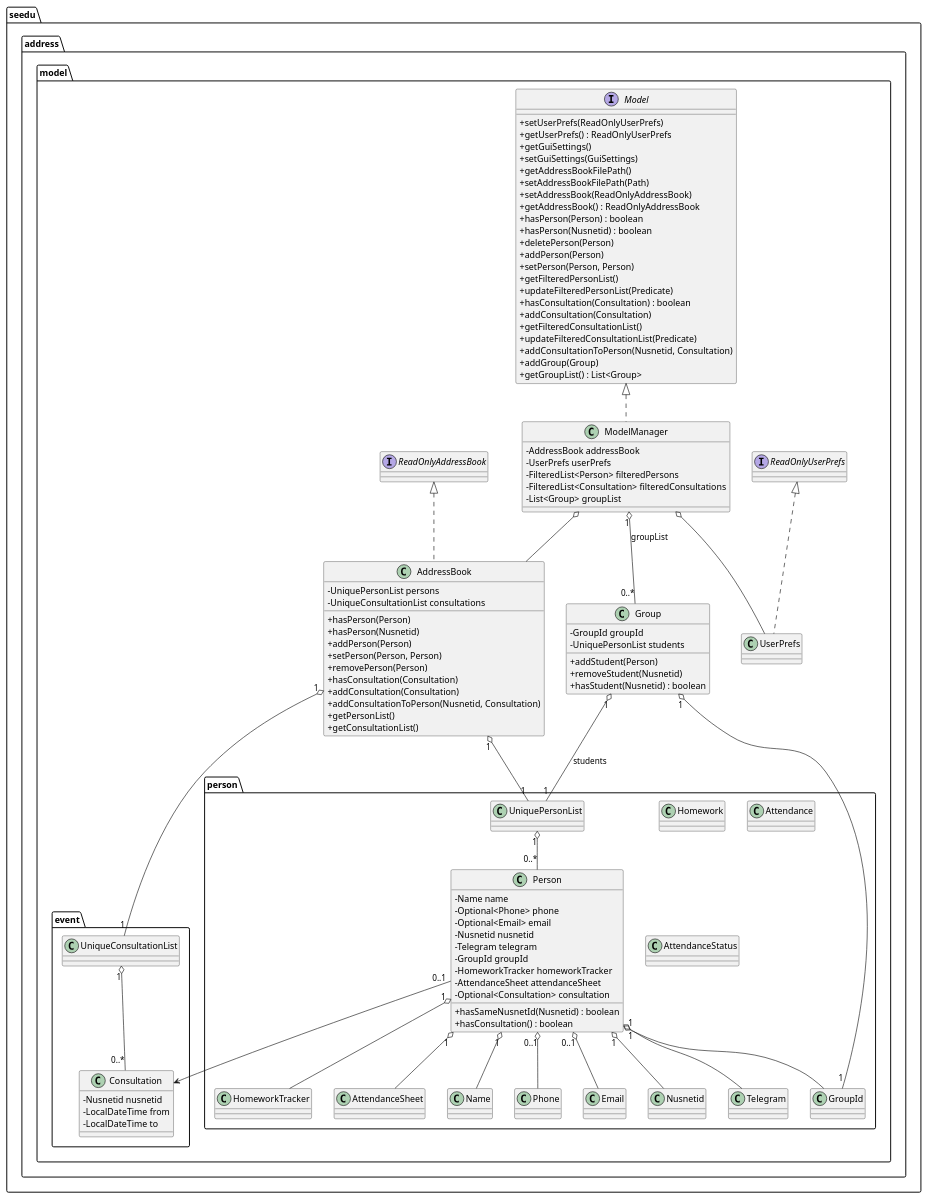
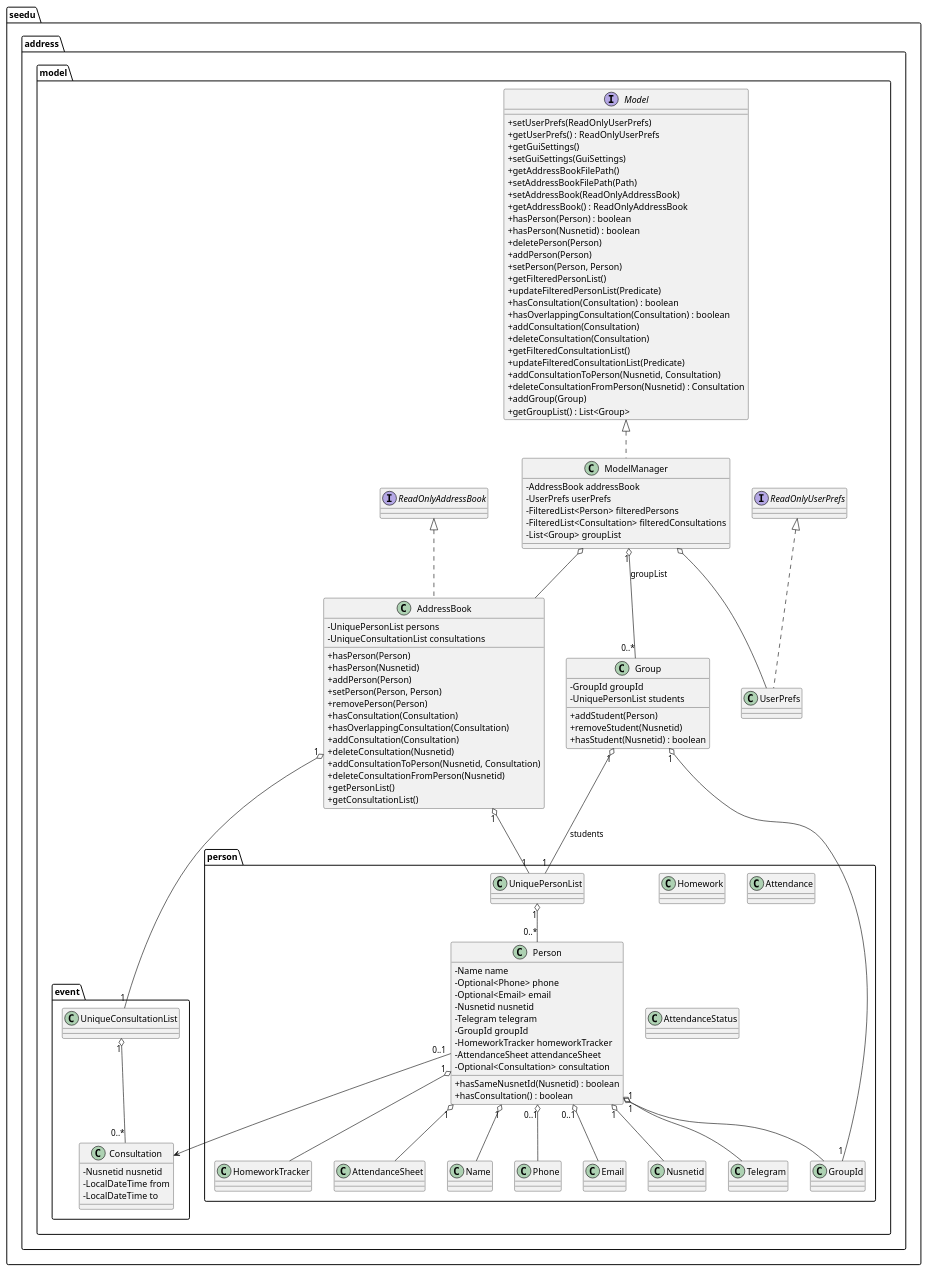
The diagram in diagrams/BetterModelClassDiagram.puml (AY2526S1-CS2103T-W11-1/tp), drawn with PlantUML before and after one commit. The commit also changed 27 other files, not shown here.

```diff
--- a/diagrams/BetterModelClassDiagram.puml
+++ b/diagrams/BetterModelClassDiagram.puml
@@ -1,136 +1,142 @@
 @startuml
 ' Better Model Class Diagram (accurate to current codebase)
 
 skinparam classAttributeIconSize 0
 
 package "seedu.address.model" {
   interface ReadOnlyAddressBook
 
   class AddressBook {
     - UniquePersonList persons
     - UniqueConsultationList consultations
     + hasPerson(Person)
     + hasPerson(Nusnetid)
     + addPerson(Person)
     + setPerson(Person, Person)
     + removePerson(Person)
     + hasConsultation(Consultation)
+    + hasOverlappingConsultation(Consultation)
     + addConsultation(Consultation)
+    + deleteConsultation(Nusnetid)
     + addConsultationToPerson(Nusnetid, Consultation)
+    + deleteConsultationFromPerson(Nusnetid)
     + getPersonList()
     + getConsultationList()
   }
 
   interface Model {
     + setUserPrefs(ReadOnlyUserPrefs)
     + getUserPrefs() : ReadOnlyUserPrefs
     + getGuiSettings()
     + setGuiSettings(GuiSettings)
     + getAddressBookFilePath()
     + setAddressBookFilePath(Path)
     + setAddressBook(ReadOnlyAddressBook)
     + getAddressBook() : ReadOnlyAddressBook
     + hasPerson(Person) : boolean
     + hasPerson(Nusnetid) : boolean
     + deletePerson(Person)
     + addPerson(Person)
     + setPerson(Person, Person)
     + getFilteredPersonList()
     + updateFilteredPersonList(Predicate)
     + hasConsultation(Consultation) : boolean
+    + hasOverlappingConsultation(Consultation) : boolean
     + addConsultation(Consultation)
+    + deleteConsultation(Consultation)
     + getFilteredConsultationList()
     + updateFilteredConsultationList(Predicate)
     + addConsultationToPerson(Nusnetid, Consultation)
+    + deleteConsultationFromPerson(Nusnetid) : Consultation
     + addGroup(Group)
     + getGroupList() : List<Group>
   }
 
   class ModelManager {
     - AddressBook addressBook
     - UserPrefs userPrefs
     - FilteredList<Person> filteredPersons
     - FilteredList<Consultation> filteredConsultations
     - List<Group> groupList
   }
 
   class UserPrefs
   interface ReadOnlyUserPrefs
 
   class Group {
     - GroupId groupId
     - UniquePersonList students
     + addStudent(Person)
     + removeStudent(Nusnetid)
     + hasStudent(Nusnetid) : boolean
   }
 }
 
 package "seedu.address.model.person" {
   class UniquePersonList
 
   class Person {
     - Name name
     - Optional<Phone> phone
     - Optional<Email> email
     - Nusnetid nusnetid
     - Telegram telegram
     - GroupId groupId
     - HomeworkTracker homeworkTracker
     - AttendanceSheet attendanceSheet
     - Optional<Consultation> consultation
     + hasSameNusnetId(Nusnetid) : boolean
     + hasConsultation() : boolean
   }
 
   class HomeworkTracker
   class Homework
   class AttendanceSheet
   class Attendance
   class AttendanceStatus
   class Name
   class Phone
   class Email
   class Nusnetid
   class Telegram
   class GroupId
 }
 
 package "seedu.address.model.event" {
   class Consultation {
     - Nusnetid nusnetid
     - LocalDateTime from
     - LocalDateTime to
   }
   class UniqueConsultationList
 }
 
 ' interfaces and implementation
 ReadOnlyAddressBook <|.. AddressBook
 Model <|.. ModelManager
 ReadOnlyUserPrefs <|.. UserPrefs
 
 ' major compositions/associations
 ModelManager o-- AddressBook
 ModelManager o-- UserPrefs
 ModelManager "1" o-- "0..*" Group : groupList
 
 AddressBook "1" o-- "1" UniquePersonList
 AddressBook "1" o-- "1" UniqueConsultationList
 UniquePersonList "1" o-- "0..*" Person
 UniqueConsultationList "1" o-- "0..*" Consultation
 
 Group "1" o-- "1" seedu.address.model.person.GroupId
 Group "1" o-- "1" UniquePersonList : students
 
 Person "1" o-- Name
 Person "0..1" o-- Phone
 Person "0..1" o-- Email
 Person "1" o-- Nusnetid
 Person "1" o-- Telegram
 Person "1" o-- GroupId
 Person "1" o-- HomeworkTracker
 Person "1" o-- AttendanceSheet
 Person "0..1" --> Consultation
 
 @enduml
```
